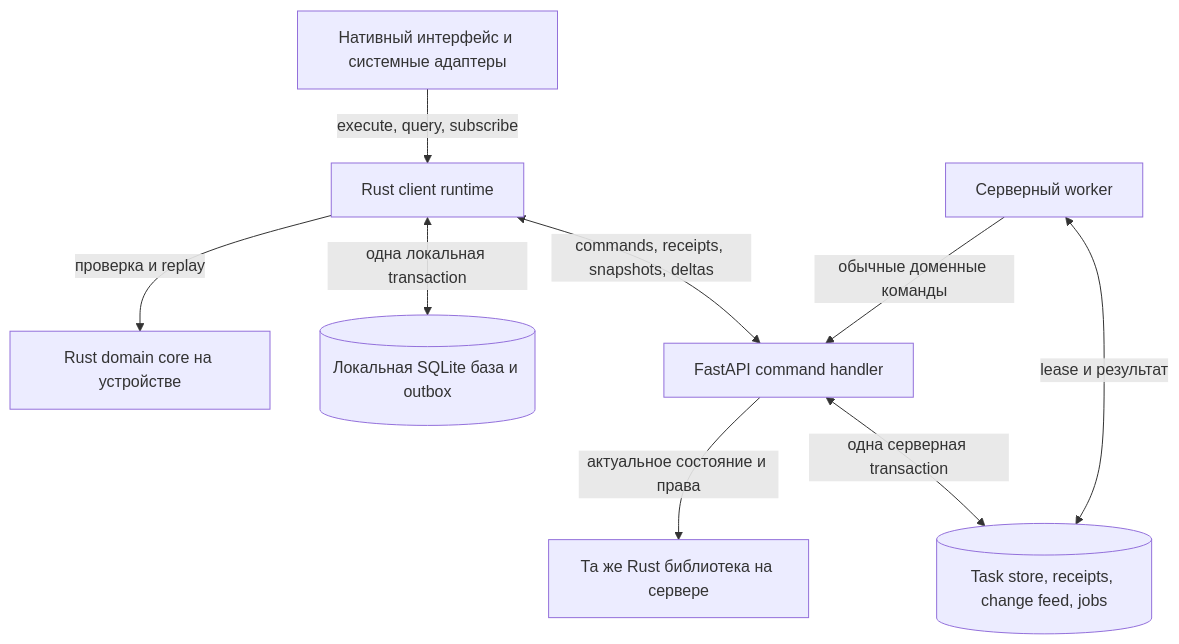
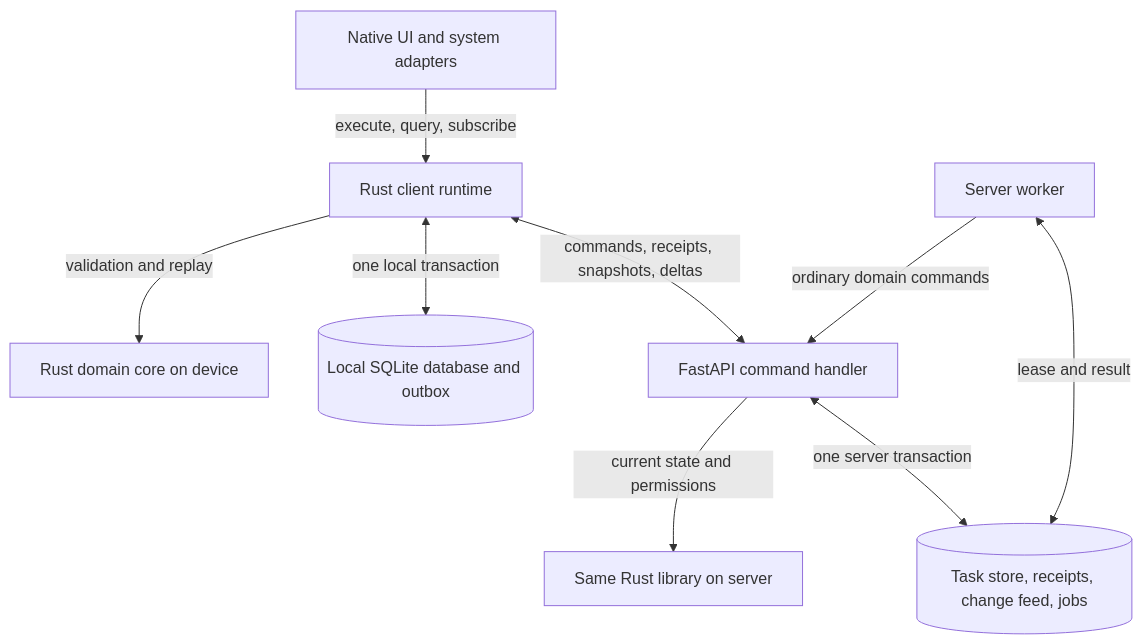
Before and after one commit to MaksimKravchuk/brain_buddy: the first of 2 diagrams in specs/026-rust-core-sync/plan.md, drawn with Mermaid. The commit also changed other lines of this file and 12 other files, not shown here.

````diff
--- a/specs/026-rust-core-sync/plan.md
+++ b/specs/026-rust-core-sync/plan.md
@@ -30,19 +30,19 @@
 ```mermaid
 flowchart TB
-  UI[Нативный интерфейс и системные адаптеры]
+  UI[Native UI and system adapters]
   RT[Rust client runtime]
-  CORE[Rust domain core на устройстве]
-  DB[(Локальная SQLite база и outbox)]
+  CORE[Rust domain core on device]
+  DB[(Local SQLite database and outbox)]
   API[FastAPI command handler]
-  SCore[Та же Rust библиотека на сервере]
+  SCore[Same Rust library on server]
   SDB[(Task store, receipts, change feed, jobs)]
-  Worker[Серверный worker]
+  Worker[Server worker]
   UI -->|execute, query, subscribe| RT
-  RT -->|проверка и replay| CORE
-  RT <-->|одна локальная transaction| DB
+  RT -->|validation and replay| CORE
+  RT <-->|one local transaction| DB
   RT <-->|commands, receipts, snapshots, deltas| API
-  API -->|актуальное состояние и права| SCore
-  API <-->|одна серверная transaction| SDB
-  Worker <-->|lease и результат| SDB
-  Worker -->|обычные доменные команды| API
+  API -->|current state and permissions| SCore
+  API <-->|one server transaction| SDB
+  Worker <-->|lease and result| SDB
+  Worker -->|ordinary domain commands| API
 ```
````
